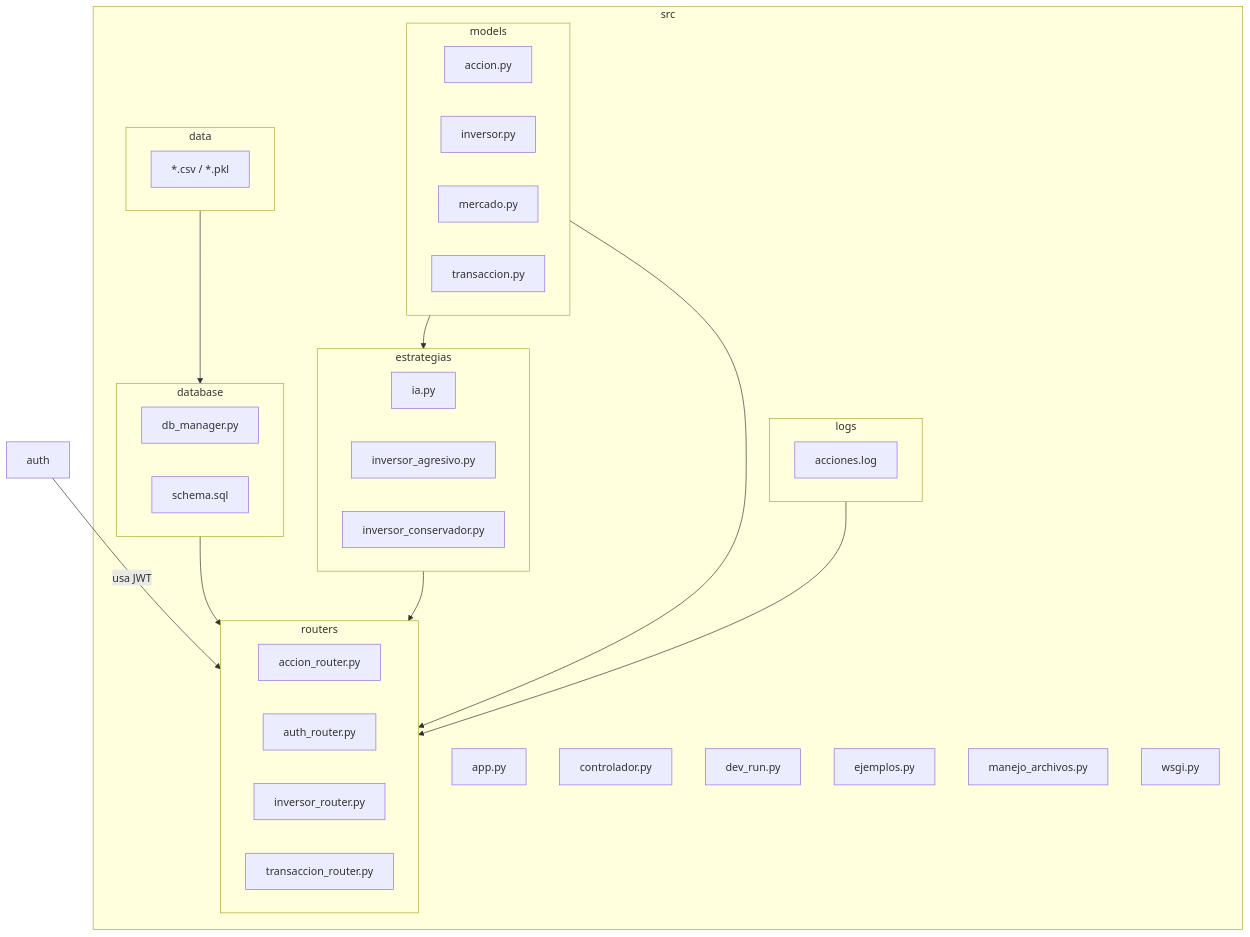
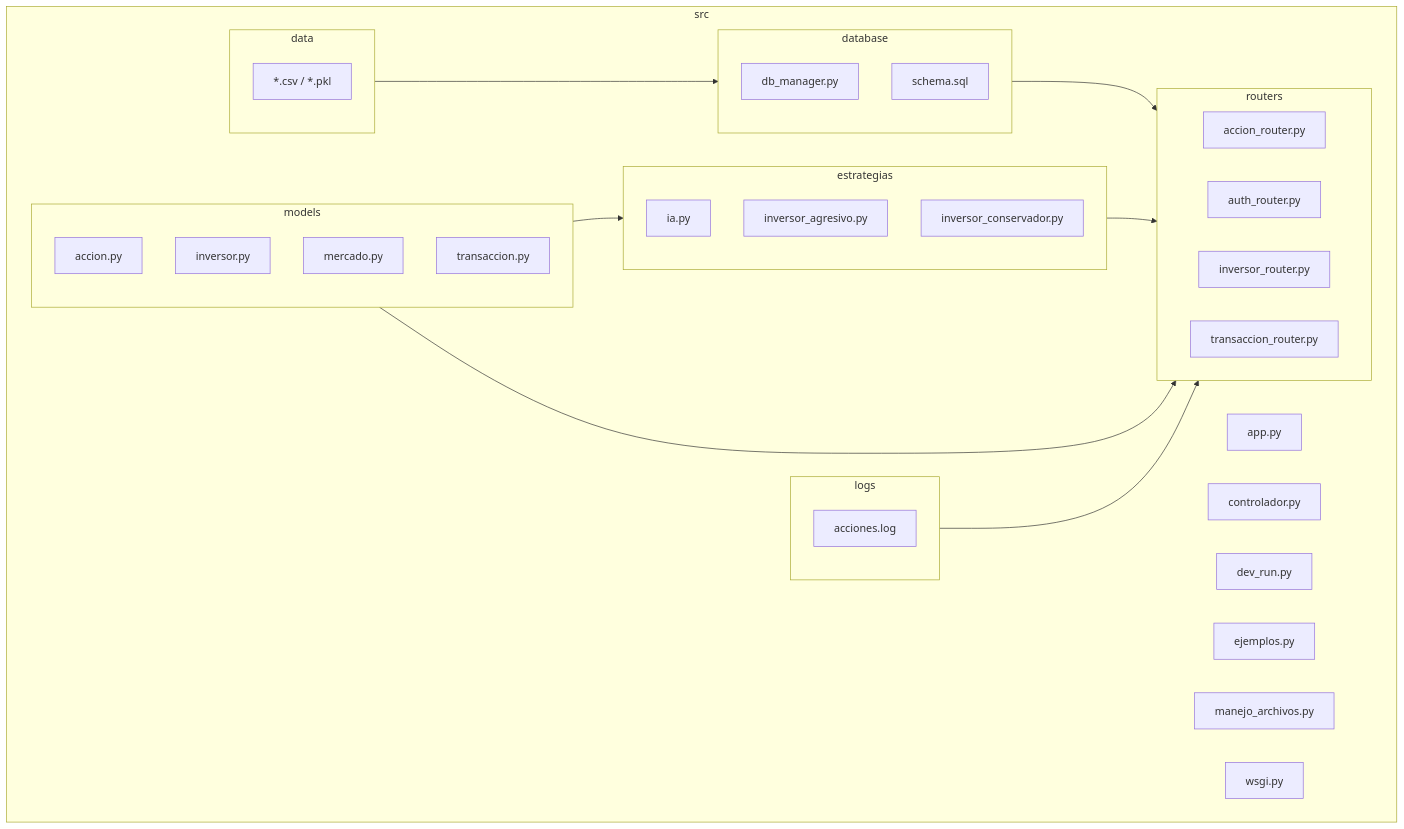
One commit to NikolasKaplan1/prog2-25-C2 changed the diagram in README.md. Above: the diagram before and after it, drawn with Mermaid.

````diff
--- a/README.md
+++ b/README.md
@@ -36,63 +36,62 @@
 ```mermaid
 graph TD
   subgraph src
     data["data"]
     database["database"]
     estrategias["estrategias"]
     logs["logs"]
     models["models"]
     routers["routers"]
 
     app["app.py"]
     controlador["controlador.py"]
     dev_run["dev_run.py"]
     ejemplos["ejemplos.py"]
     ejemplos["ejemplos.py"]
     manejo_archivos["manejo_archivos.py"]
     wsgi["wsgi.py"]
   end
 
-  auth -->|usa JWT| routers
   data --> database
   database --> routers
   estrategias --> routers
   models --> routers
   models --> estrategias
   logs --> routers
 
 
   subgraph data
     archivos_csv["*.csv / *.pkl"]
   end
 
   subgraph database
     dbmanager["db_manager.py"]
     schema["schema.sql"]
   end
 
   subgraph estrategias
     ia["ia.py"]
     inv_agresivo["inversor_agresivo.py"]
     inv_conservador["inversor_conservador.py"]
   end
 
   subgraph logs
     acciones["acciones.log"]
   end
 
   subgraph models
     accion["accion.py"]
     inversor["inversor.py"]
     mercado["mercado.py"]
     transaccion["transaccion.py"]
     models["models.py"]
   end
 
   subgraph routers
     acc_router["accion_router.py"]
     auth_router["auth_router.py"]
     inv_router["inversor_router.py"]
     trans_router["transaccion_router.py"]
   end
 
 ```
````
